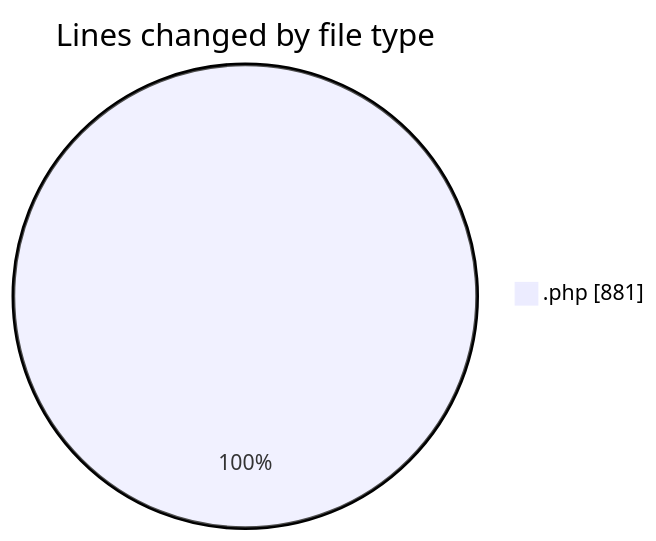
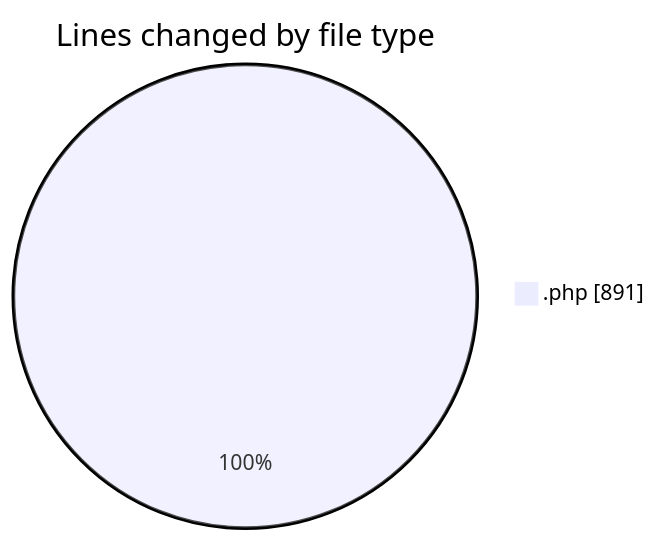
One commit to vahidmafi/code-tracking changed the first of 2 diagrams in 2025-10-04/shop/README.md. Above: the diagram before and after it, drawn with Mermaid. The commit also changed other lines of this file and 1 other file, not shown here.

````diff
--- a/2025-10-04/shop/README.md
+++ b/2025-10-04/shop/README.md
@@ -20,5 +20,5 @@
 ```mermaid
 pie showData
 title Lines changed by file type
-".php" : 881
+".php" : 891
 ```
````
